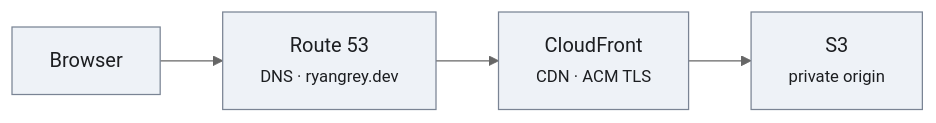
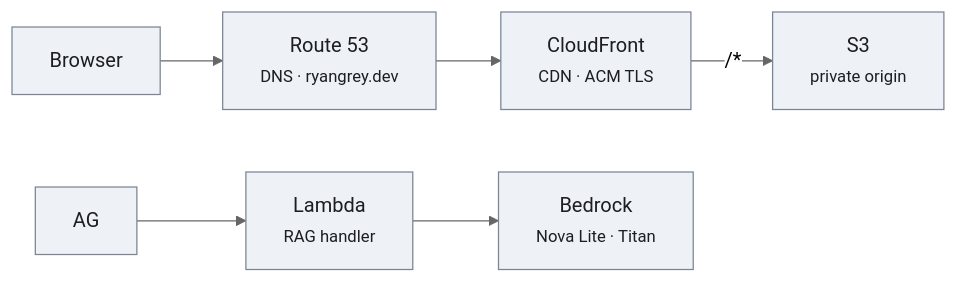
The first of 4 diagrams in README.md (ryan-grey/ryangrey.dev), drawn with Mermaid (neutral theme) before and after one commit. The commit also changed other lines of this file and 2 other files, not shown here.

````diff
--- a/README.md
+++ b/README.md
@@ -32,11 +30,16 @@
 ```mermaid
 flowchart LR
     U["Browser"] --> R53["Route 53<br/><small>DNS · ryangrey.dev</small>"]
     R53 --> CF["CloudFront<br/><small>CDN · ACM TLS</small>"]
-    CF --> S3["S3<br/><small>private origin</small>"]
+    CF -->|"/*"| S3["S3<br/><small>private origin</small>"]
+    AG --> L["Lambda<br/><small>RAG handler</small>"]
+    L --> BR["Bedrock<br/><small>Nova Lite · Titan</small>"]
 
     style U fill:#eef2f7,stroke:#7a8494,color:#1c1e21
     style R53 fill:#eef2f7,stroke:#7a8494,color:#1c1e21
     style CF fill:#eef2f7,stroke:#7a8494,color:#1c1e21
     style S3 fill:#eef2f7,stroke:#7a8494,color:#1c1e21
+    style AG fill:#eef2f7,stroke:#7a8494,color:#1c1e21
+    style L fill:#eef2f7,stroke:#7a8494,color:#1c1e21
+    style BR fill:#eef2f7,stroke:#7a8494,color:#1c1e21
 ```
````
